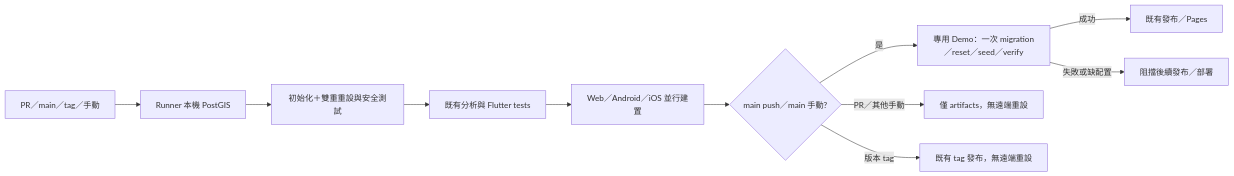
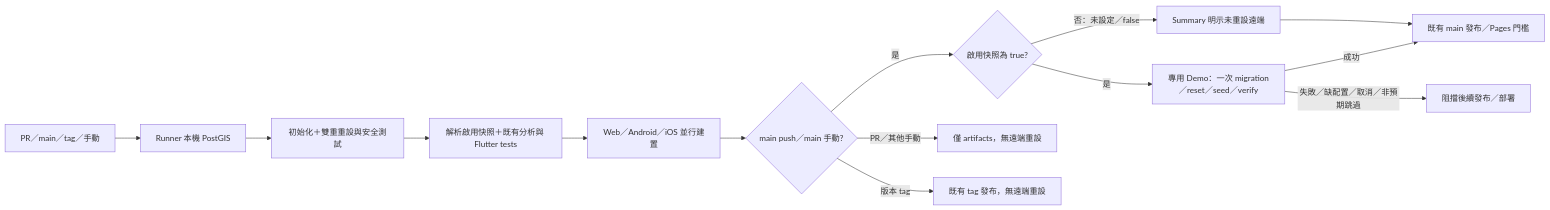
The diagram in docs/SAFE_WALK_DATABASE_RESET.md (csfishy/taipei-safe-walk-townpass), drawn with Mermaid before and after one commit. The commit also changed other lines of this file and 8 other files, not shown here.

Commit message:
fix(ci): require explicit acceptance before remote Demo reset

````diff
--- a/docs/SAFE_WALK_DATABASE_RESET.md
+++ b/docs/SAFE_WALK_DATABASE_RESET.md
@@ -17,13 +17,16 @@
 ```mermaid
 flowchart LR
   A[PR／main／tag／手動] --> B[Runner 本機 PostGIS]
   B --> C[初始化＋雙重重設與安全測試]
-  C --> D[既有分析與 Flutter tests]
+  C --> D[解析啟用快照＋既有分析與 Flutter tests]
   D --> E[Web／Android／iOS 並行建置]
   E --> F{main push／main 手動?}
-  F -->|是| G[專用 Demo：一次 migration／reset／seed／verify]
-  G -->|成功| H[既有發布／Pages]
-  G -->|失敗或缺配置| I[阻擋後續發布／部署]
-  F -->|PR／其他手動| J[僅 artifacts，無遠端重設]
-  F -->|版本 tag| K[既有 tag 發布，無遠端重設]
+  F -->|是| G{啟用快照為 true?}
+  G -->|否：未設定／false| H[Summary 明示未重設遠端]
+  H --> I[既有 main 發布／Pages 門檻]
+  G -->|是| J[專用 Demo：一次 migration／reset／seed／verify]
+  J -->|成功| I
+  J -->|失敗／缺配置／取消／非預期跳過| K[阻擋後續發布／部署]
+  F -->|PR／其他手動| L[僅 artifacts，無遠端重設]
+  F -->|版本 tag| M[既有 tag 發布，無遠端重設]
 ```
````
